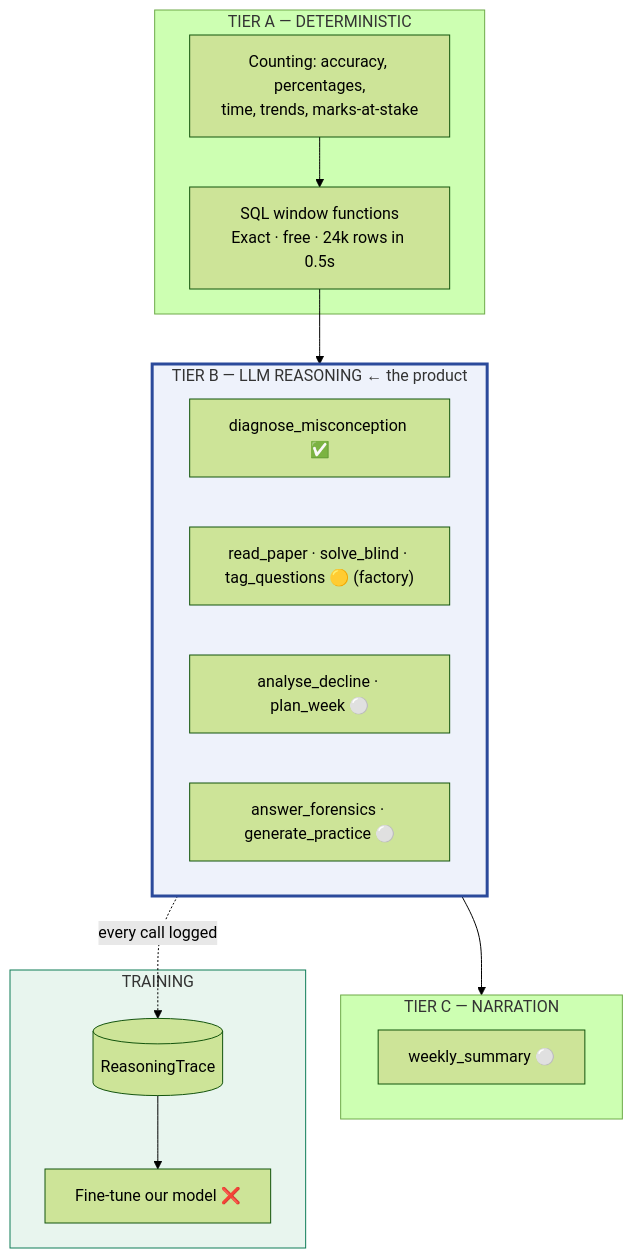
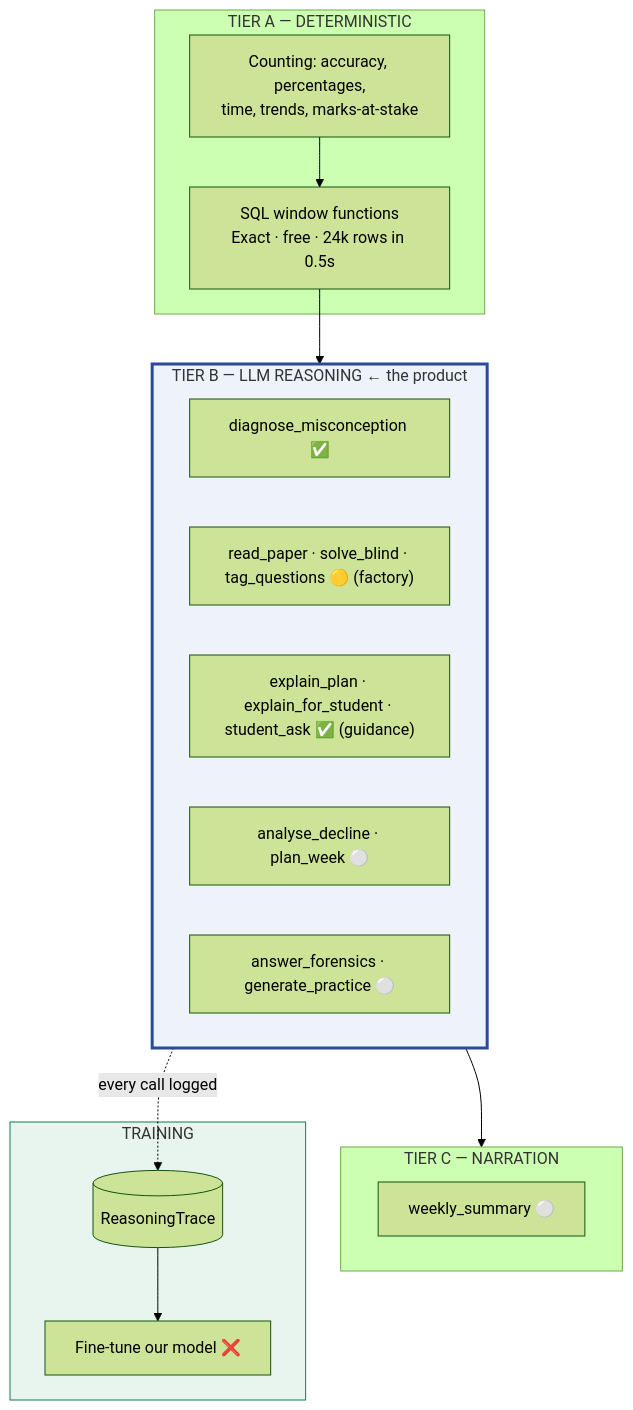
Before and after one commit to Anugrah619/Studeent-Ai: the first of 5 diagrams in TECHNICAL_DOC.md, drawn with Mermaid (forest theme). The commit also changed other lines of this file and 4 other files, not shown here.

````diff
--- a/TECHNICAL_DOC.md
+++ b/TECHNICAL_DOC.md
@@ -64,28 +66,29 @@
 ```mermaid
 graph TD
     subgraph A["TIER A — DETERMINISTIC"]
         A1["Counting: accuracy, percentages,<br/>time, trends, marks-at-stake"]
         A2["SQL window functions<br/>Exact · free · 24k rows in 0.5s"]
     end
     subgraph B["TIER B — LLM REASONING  ← the product"]
         B1["diagnose_misconception ✅"]
         B2["read_paper · solve_blind · tag_questions 🟡 (factory)"]
-        B3["analyse_decline · plan_week ⚪"]
+        B3["explain_plan · explain_for_student · student_ask ✅ (guidance)"]
+        B5["analyse_decline · plan_week ⚪"]
         B4["answer_forensics · generate_practice ⚪"]
     end
     subgraph C["TIER C — NARRATION"]
         C1["weekly_summary ⚪"]
     end
     subgraph T["TRAINING"]
         T1[("ReasoningTrace")]
         T2["Fine-tune our model ❌"]
     end
 
     A1 --> A2 --> B
     B --> C
     B -.every call logged.-> T1
     T1 --> T2
 
     style B fill:#eef2fb,stroke:#2B4A9B,stroke-width:3px
     style T fill:#e8f5ee,stroke:#0E7C57
 ```
````
